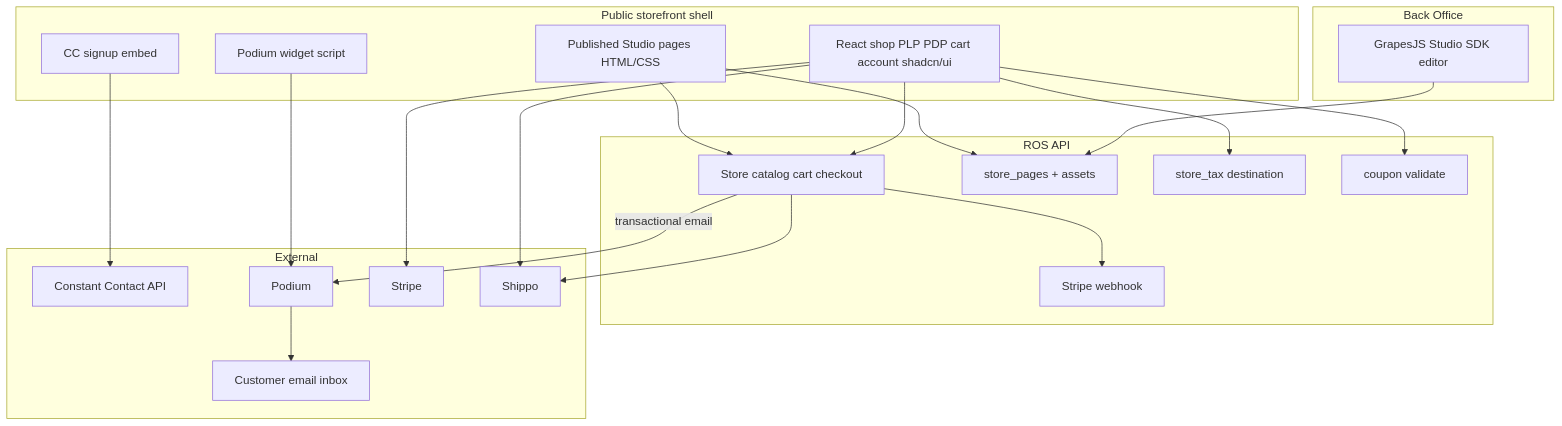
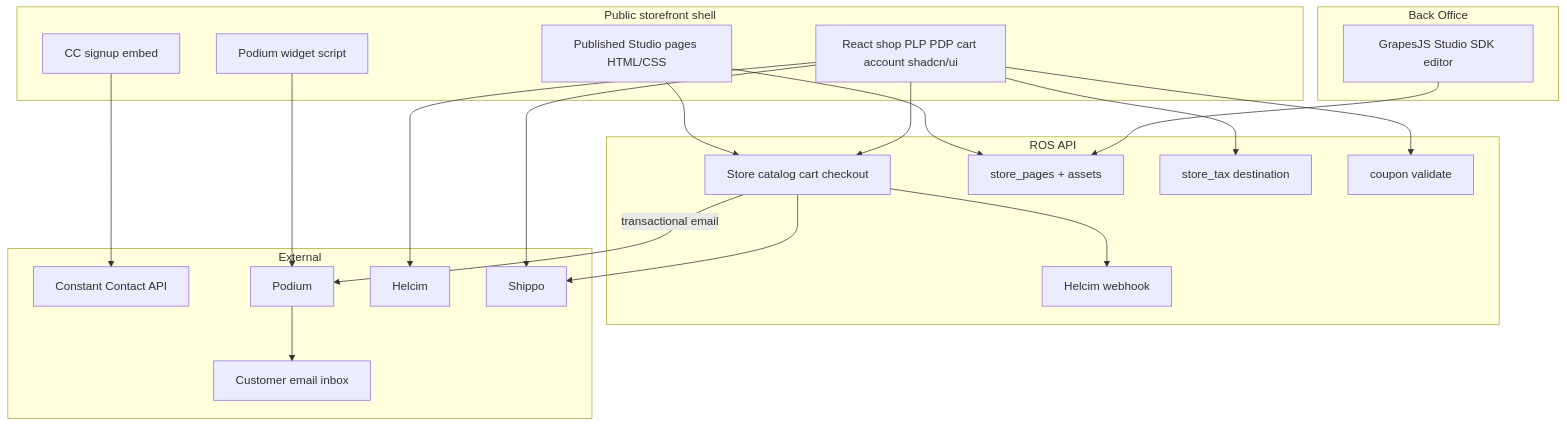
Before and after one commit to cpg716/riverside-os: the diagram in docs/PLAN_ONLINE_STORE_MODULE.md, drawn with Mermaid. The commit also changed other lines of this file and 137 other files, not shown here.

````diff
--- a/docs/PLAN_ONLINE_STORE_MODULE.md
+++ b/docs/PLAN_ONLINE_STORE_MODULE.md
@@ -284,40 +284,40 @@
 ```mermaid
 flowchart TB
   subgraph site [Public storefront shell]
     Pages[Published Studio pages HTML/CSS]
     ShopUI[React shop PLP PDP cart account shadcn/ui]
     CCForm[CC signup embed]
     PodWidget[Podium widget script]
   end
   subgraph bo [Back Office]
     Studio[GrapesJS Studio SDK editor]
   end
   subgraph api [ROS API]
     Store[Store catalog cart checkout]
     PagesAPI[store_pages + assets]
     Tax[store_tax destination]
     Promo[coupon validate]
-    WH[Stripe webhook]
+    WH[Helcim webhook]
   end
   subgraph ext [External]
     CC[Constant Contact API]
     Pod[Podium]
-    Stripe[Stripe]
+    Helcim[Helcim]
     Shippo[Shippo]
     CustEmail[Customer email inbox]
   end
   Pages --> PagesAPI
   Pages --> Store
   ShopUI --> Store
   Studio --> PagesAPI
   ShopUI --> Promo
   ShopUI --> Tax
-  ShopUI --> Stripe
+  ShopUI --> Helcim
   ShopUI --> Shippo
   CCForm --> CC
   PodWidget --> Pod
   Store --> WH
   Store --> Shippo
   Store -->|transactional email| Pod
   Pod --> CustEmail
 ```
````
